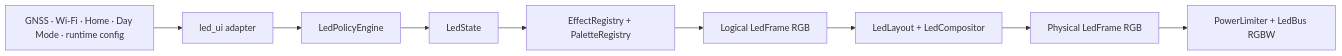
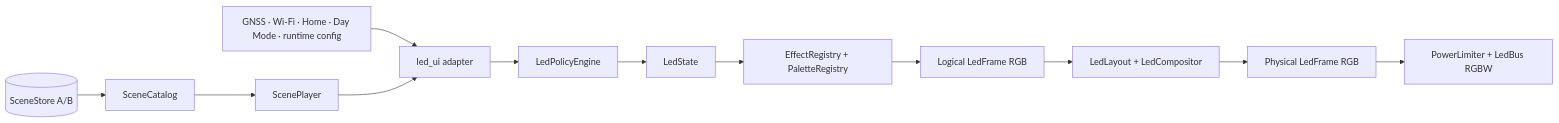
Before and after one commit to bultodepapas/Dog-RGB: the third of 3 diagrams in docs/architecture.md, drawn with Mermaid. The commit also changed other lines of this file and 55 other files, not shown here.

````diff
--- a/docs/architecture.md
+++ b/docs/architecture.md
@@ -165,11 +175,14 @@
 ```mermaid
 flowchart LR
+    STORE[(SceneStore A/B)] --> CATALOG[SceneCatalog]
+    CATALOG --> PLAYER[ScenePlayer]
     DOMAIN[GNSS · Wi-Fi · Home · Day Mode · runtime config] --> ADAPTER[led_ui adapter]
+    PLAYER --> ADAPTER
     ADAPTER --> POLICY[LedPolicyEngine]
     POLICY --> STATE[LedState]
     STATE --> RENDER[EffectRegistry + PaletteRegistry]
     RENDER --> LOGICAL[Logical LedFrame RGB]
     LOGICAL --> COMP[LedLayout + LedCompositor]
     COMP --> PHYSICAL[Physical LedFrame RGB]
     PHYSICAL --> BUS[PowerLimiter + LedBus RGBW]
 ```
````
